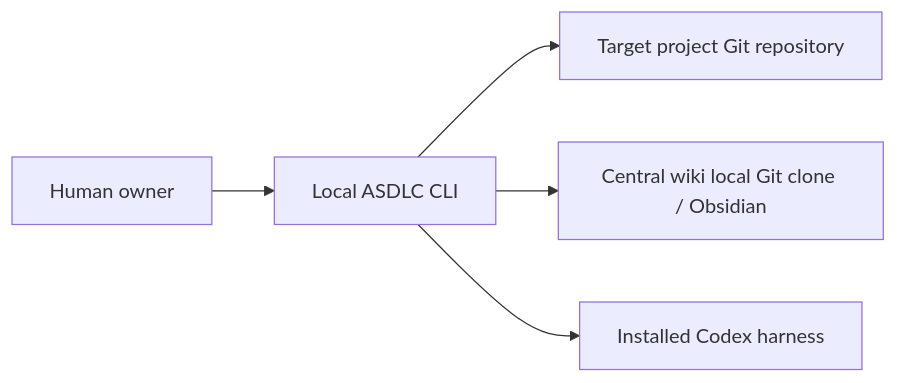
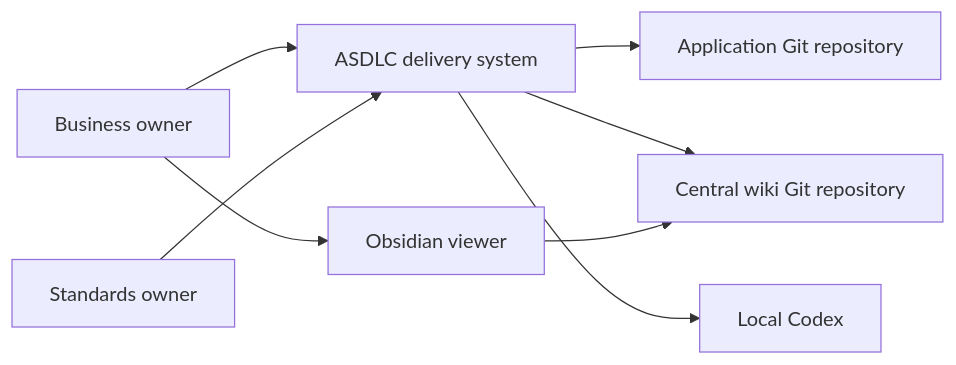
Before and after one commit to saecurrry/asdlc: the third of 6 diagrams in planning/architecture.md, drawn with Mermaid. The commit also changed other lines of this file and 40 other files, not shown here.

````diff
--- a/planning/architecture.md
+++ b/planning/architecture.md
@@ -5,7 +99,10 @@
 ```mermaid
 flowchart LR
-  H[Human owner] --> CLI[Local ASDLC CLI]
-  CLI --> G[Target project Git repository]
-  CLI --> W[Central wiki local Git clone / Obsidian]
-  CLI --> C[Installed Codex harness]
+  H[Business owner] --> A[ASDLC delivery system]
+  O[Standards owner] --> A
+  A --> G[Application Git repository]
+  A --> W[Central wiki Git repository]
+  A --> C[Local Codex]
+  H --> V[Obsidian viewer]
+  V --> W
 ```
````
